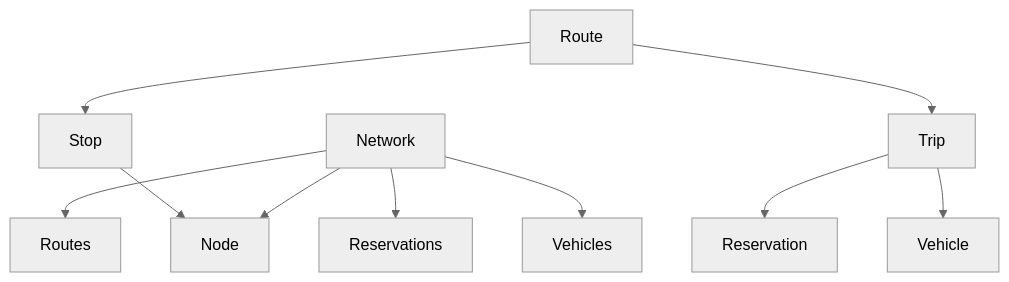
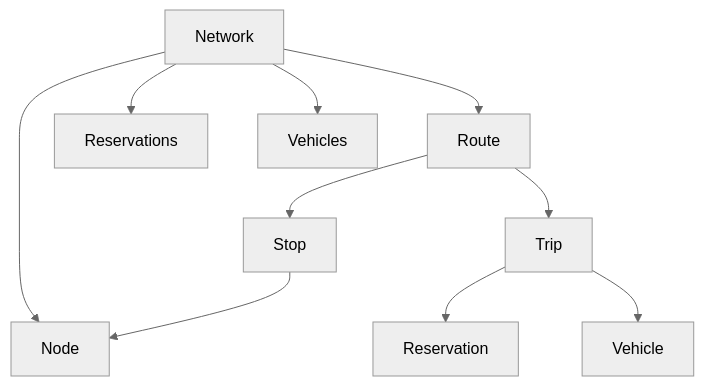
One commit to maptic/osurs changed the second of 2 diagrams in README.md. Above: the diagram before and after it, drawn with Mermaid (neutral theme).

Commit message:
Typo in graph.

````diff
--- a/README.md
+++ b/README.md
@@ -34,12 +34,12 @@
 ```mermaid
 graph TD;
   Network-->Node;
-  Network-->Routes;
+  Network-->Route;
   Network-->Reservations;
   Network-->Vehicles;
   Route-->Stop;
   Route-->Trip;
   Stop-->Node;
   Trip-->Reservation;
   Trip-->Vehicle;
 ```
````
